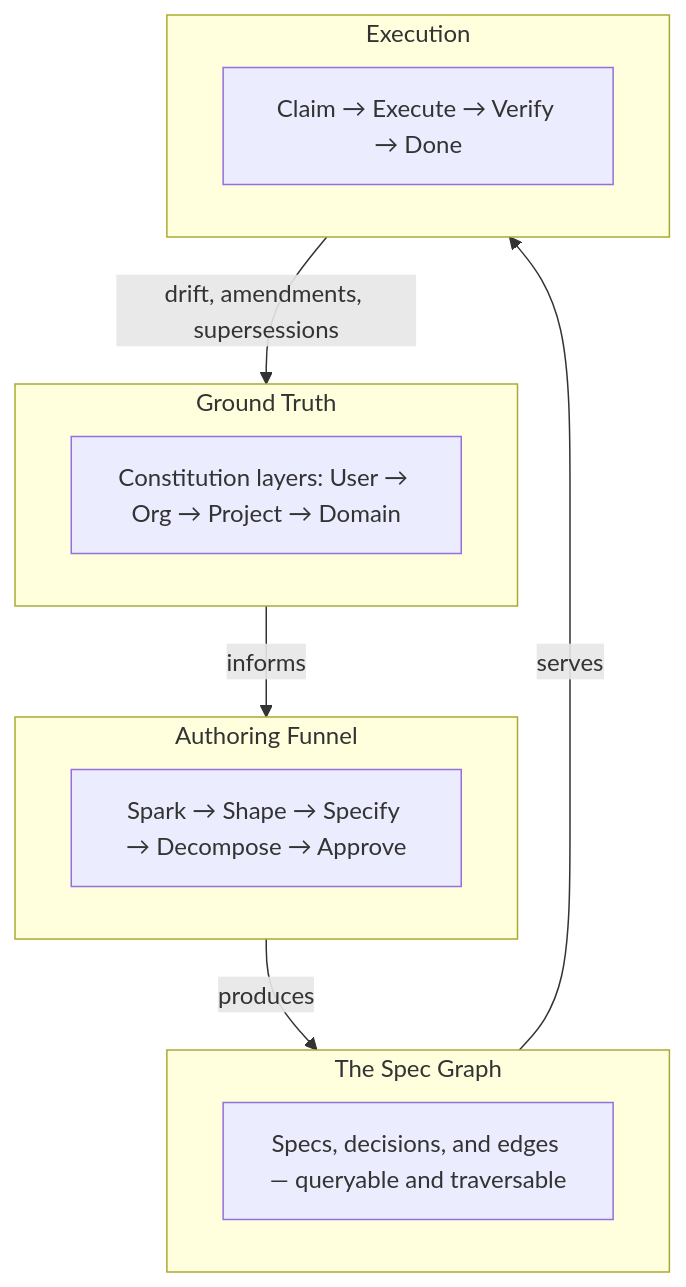
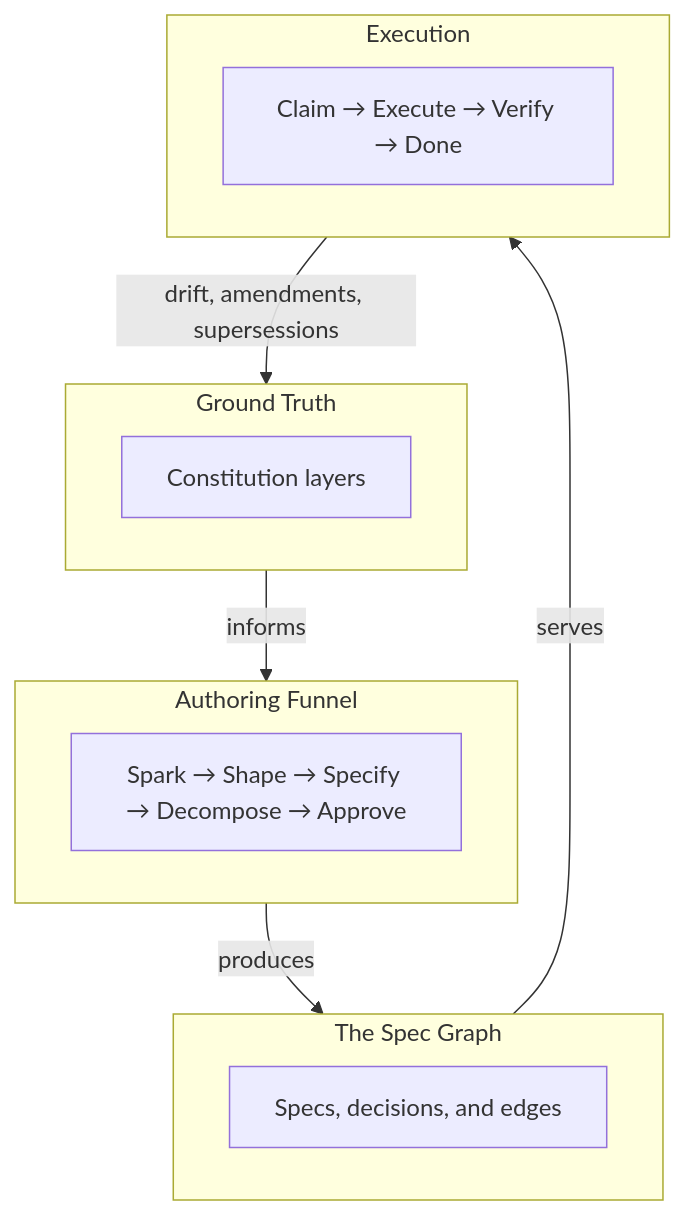
One commit to specgraph/specgraph changed the diagram in site/docs/how-it-works.md. Above: the diagram before and after it, drawn with Mermaid. The commit also changed other lines of this file and 4 other files, not shown here.

````diff
--- a/site/docs/how-it-works.md
+++ b/site/docs/how-it-works.md
@@ -203,23 +142,23 @@
 ```mermaid
 graph TD
     subgraph GT["Ground Truth"]
-        C["Constitution layers: User → Org → Project → Domain"]
+        C["Constitution layers"]
     end
 
     subgraph Funnel["Authoring Funnel"]
         F["Spark → Shape → Specify → Decompose → Approve"]
     end
 
     subgraph Graph["The Spec Graph"]
-        S["Specs, decisions, and edges — queryable and traversable"]
+        S["Specs, decisions, and edges"]
     end
 
     subgraph Execution
         E["Claim → Execute → Verify → Done"]
     end
 
     GT -->|informs| Funnel
     Funnel -->|produces| Graph
     Graph -->|serves| Execution
     Execution -->|drift, amendments, supersessions| GT
 ```
````
